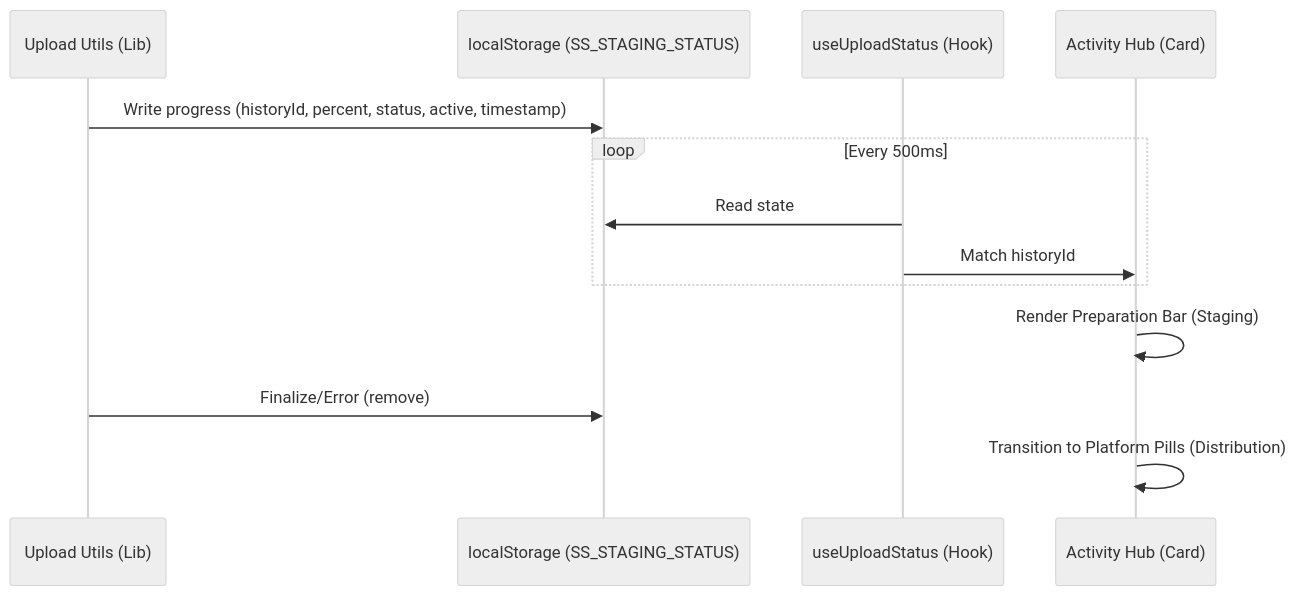
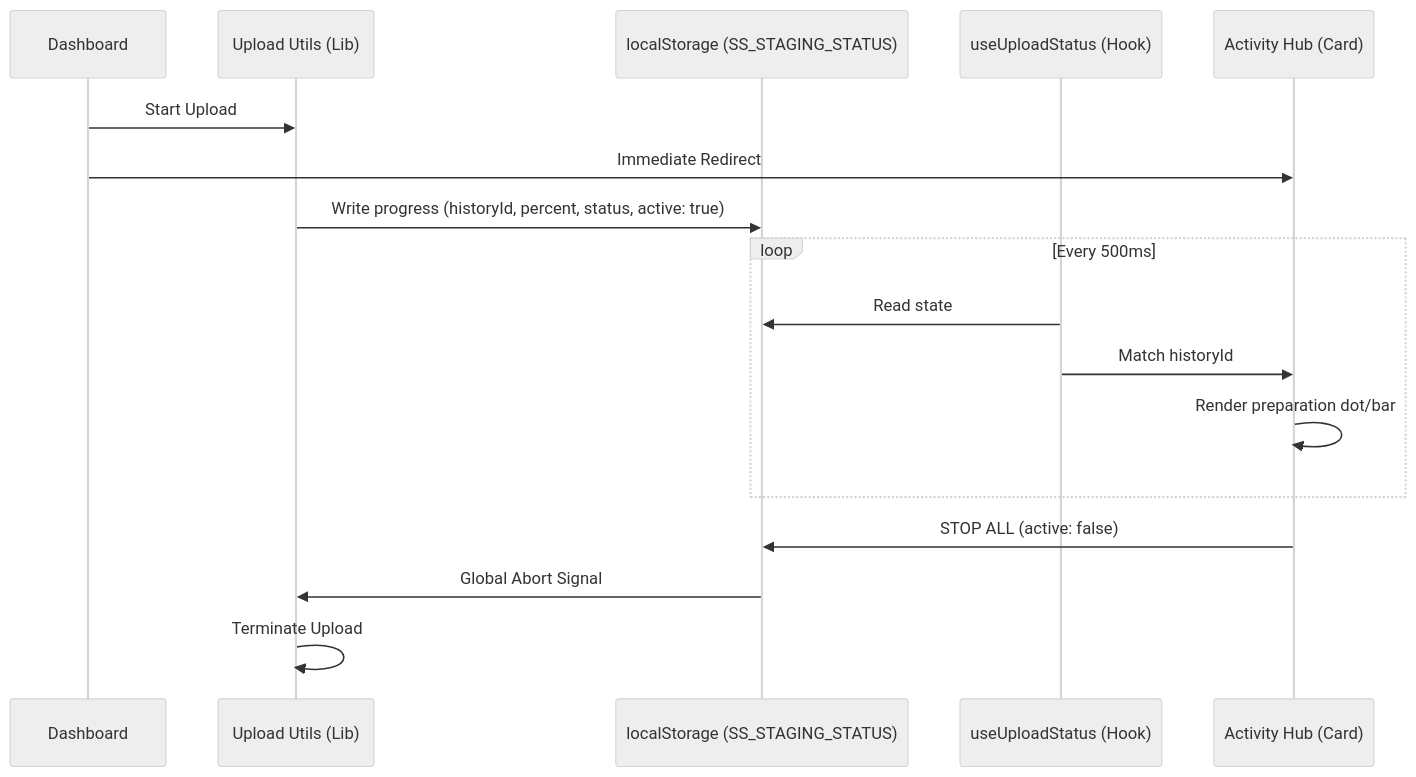
One commit to thoufeeque22/social-studio-app changed the diagram in docs/features/UPLOAD_VISIBILITY.md. Above: the diagram before and after it, drawn with Mermaid (neutral theme). The commit also changed other lines of this file and 1 other file, not shown here.

Commit message:
docs: finalize enhanced upload visibility and uat specs

````diff
--- a/docs/features/UPLOAD_VISIBILITY.md
+++ b/docs/features/UPLOAD_VISIBILITY.md
@@ -10,16 +11,20 @@
 ```mermaid
 sequenceDiagram
+    participant D as Dashboard
     participant U as Upload Utils (Lib)
     participant LS as localStorage (SS_STAGING_STATUS)
     participant H as useUploadStatus (Hook)
     participant AC as Activity Hub (Card)
 
-    U->>LS: Write progress (historyId, percent, status, active, timestamp)
+    D->>U: Start Upload
+    D->>AC: Immediate Redirect
+    U->>LS: Write progress (historyId, percent, status, active: true)
     loop Every 500ms
         H->>LS: Read state
         H->>AC: Match historyId
+        AC->>AC: Render preparation dot/bar
     end
-    AC->>AC: Render Preparation Bar (Staging)
-    U->>LS: Finalize/Error (remove)
-    AC->>AC: Transition to Platform Pills (Distribution)
+    AC->>LS: STOP ALL (active: false)
+    LS->>U: Global Abort Signal
+    U->>U: Terminate Upload
 ```
````
